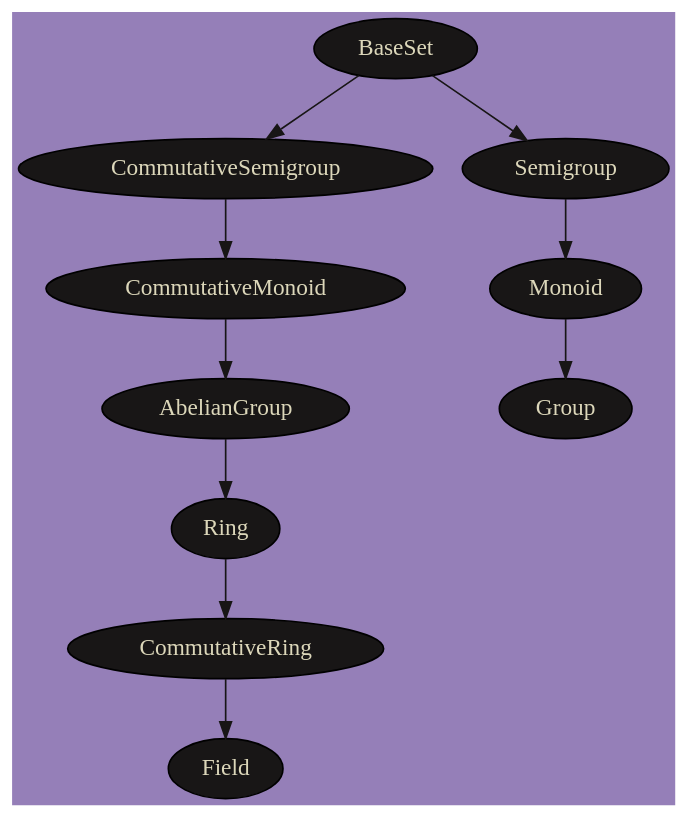
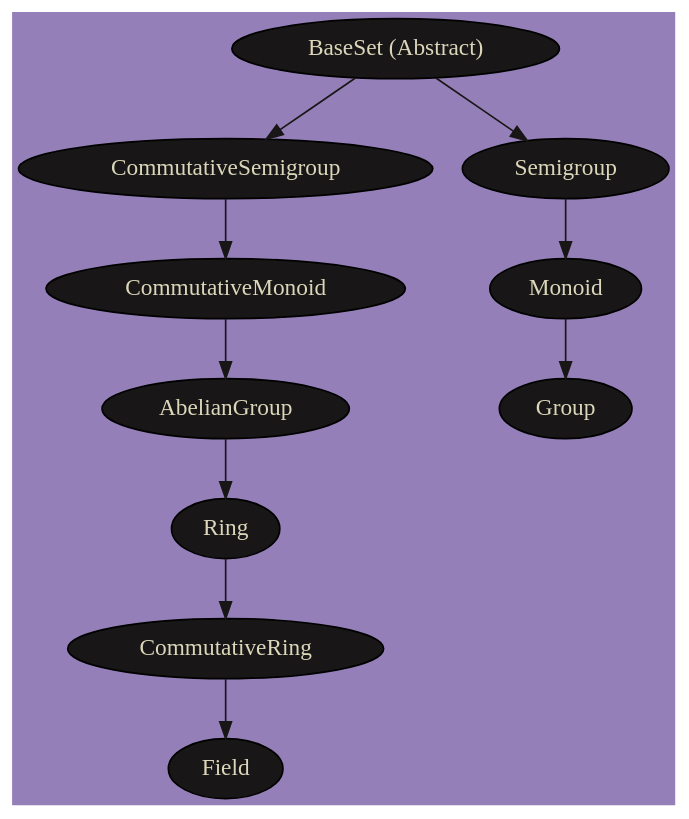
Before and after one commit to grscheller/boring-math: the diagram in docs/abstract-algebra/development/source/usage.rst, drawn with Graphviz. The commit also changed 72 other files, not shown here.

```diff
--- a/docs/abstract-algebra/development/source/usage.rst
+++ b/docs/abstract-algebra/development/source/usage.rst
@@ -35,16 +35,16 @@
 .. graphviz::
 
     digraph Modules {
         bgcolor="#957fb8";
         node [style=filled, fillcolor="#181616", fontcolor="#dcd7ba"];
         edge [color="#181616", fontcolor="#dcd7ba"];
         CommutativeMonoid -> AbelianGroup;
         CommutativeSemigroup -> CommutativeMonoid;
-        BaseSet -> CommutativeSemigroup;
+        "BaseSet (Abstract)" -> CommutativeSemigroup;
         Ring -> CommutativeRing;
         CommutativeRing -> Field;
         Monoid -> Group;
         Semigroup -> Monoid;
         AbelianGroup -> Ring;
-        BaseSet -> Semigroup;
+        "BaseSet (Abstract)" -> Semigroup;
     }
```
